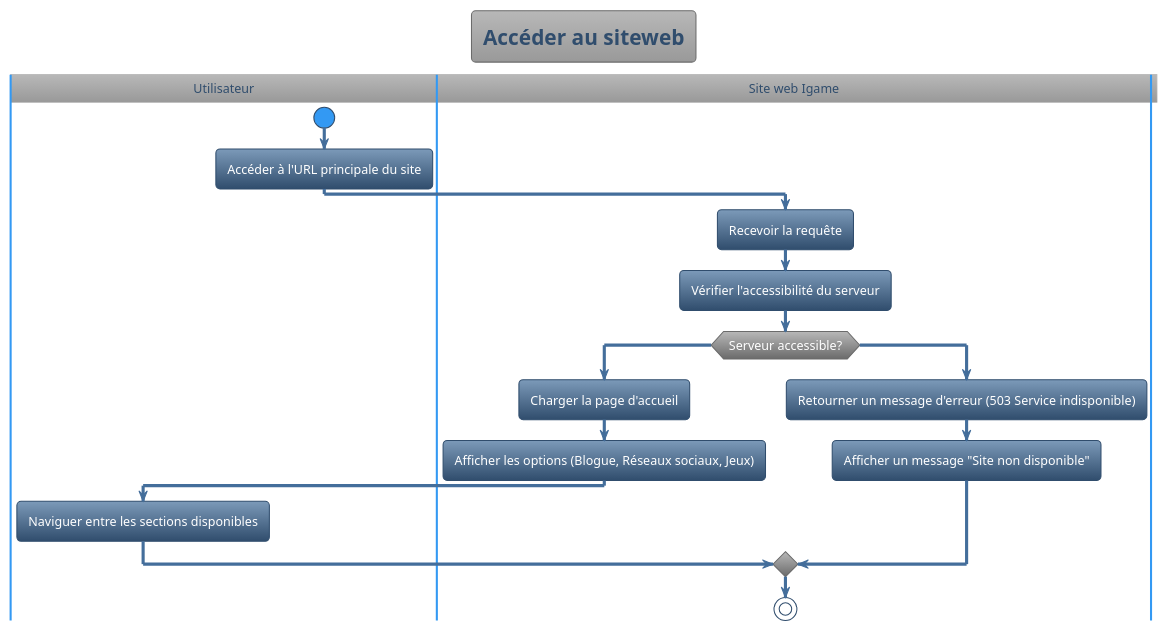
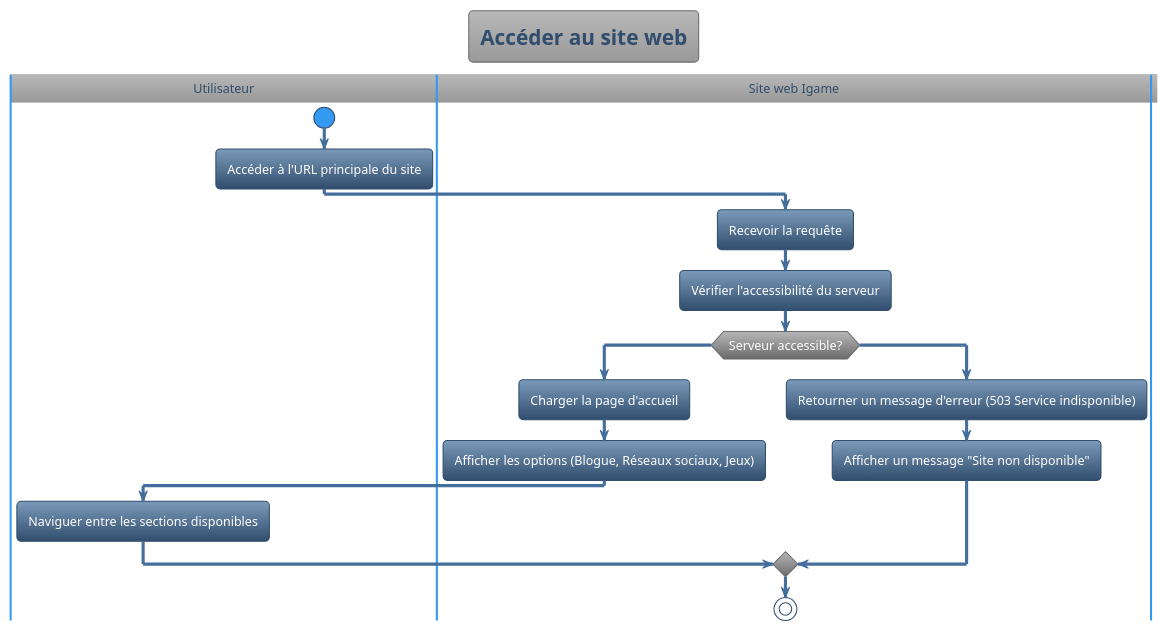
The diagram in UC1_accesSiteWeb.puml (Jacob-Cossette/GTI510), drawn with PlantUML before and after one commit. The commit also changed 19 other files, not shown here.

```diff
--- a/UC1_accesSiteWeb.puml
+++ b/UC1_accesSiteWeb.puml
@@ -1,21 +1,21 @@
 @startuml
 !theme spacelab
-title Accéder au siteweb
+title Accéder au site web
 |Utilisateur|
 start
 :Accéder à l'URL principale du site;
 |Site web Igame|
 :Recevoir la requête;
 :Vérifier l'accessibilité du serveur;
 if (Serveur accessible?) then (Oui)
   :Charger la page d'accueil; 
   :Afficher les options (Blogue, Réseaux sociaux, Jeux);
   |Utilisateur|
   :Naviguer entre les sections disponibles;
 else (Non)
   |Site web Igame|
   :Retourner un message d'erreur (503 Service indisponible);
   :Afficher un message "Site non disponible";
 endif
 stop
 @enduml
```
